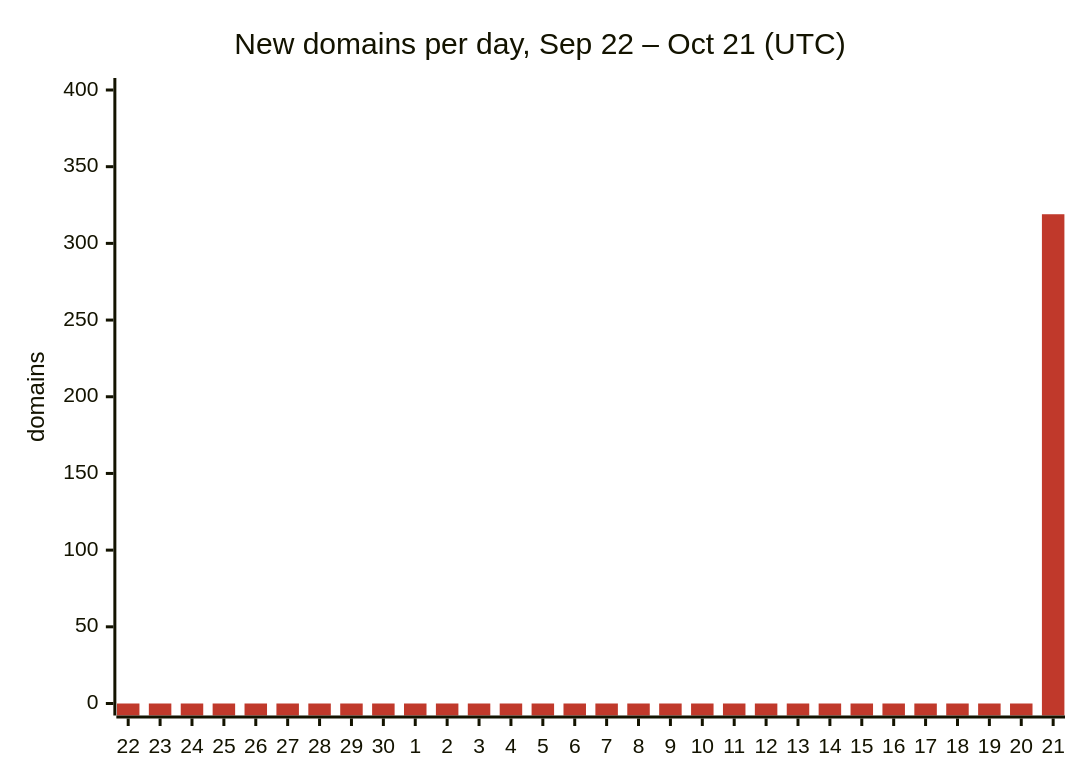
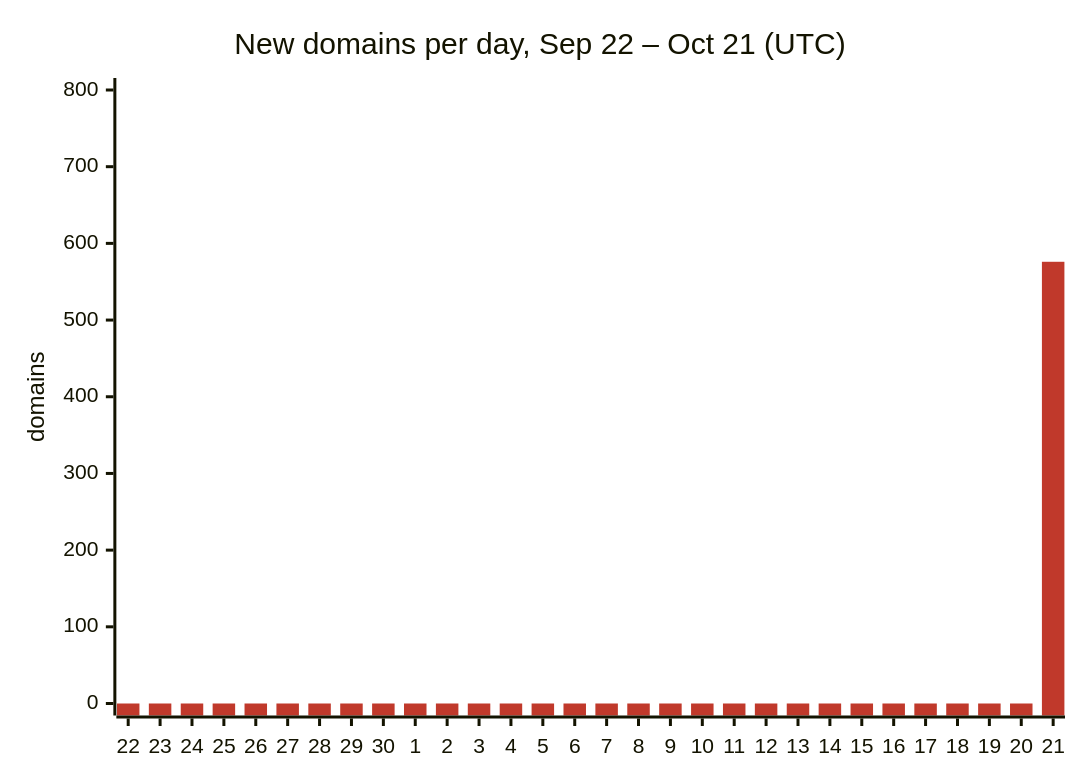
One commit to DNSBunker/CTI changed the first of 2 diagrams in README.md. Above: the diagram before and after it, drawn with Mermaid. The commit also changed other lines of this file and 3 other files, not shown here.

````diff
--- a/README.md
+++ b/README.md
@@ -29,8 +29,8 @@
 ```mermaid
 %%{init: {"themeVariables": {"xyChart": {"plotColorPalette": "#c0392b"}}}}%%
 xychart-beta
     title "New domains per day, Sep 22 – Oct 21 (UTC)"
     x-axis ["22", "23", "24", "25", "26", "27", "28", "29", "30", "1", "2", "3", "4", "5", "6", "7", "8", "9", "10", "11", "12", "13", "14", "15", "16", "17", "18", "19", "20", "21"]
-    y-axis "domains" 0 --> 400
-    bar [0, 0, 0, 0, 0, 0, 0, 0, 0, 0, 0, 0, 0, 0, 0, 0, 0, 0, 0, 0, 0, 0, 0, 0, 0, 0, 0, 0, 0, 319]
+    y-axis "domains" 0 --> 800
+    bar [0, 0, 0, 0, 0, 0, 0, 0, 0, 0, 0, 0, 0, 0, 0, 0, 0, 0, 0, 0, 0, 0, 0, 0, 0, 0, 0, 0, 0, 576]
 ```
````
